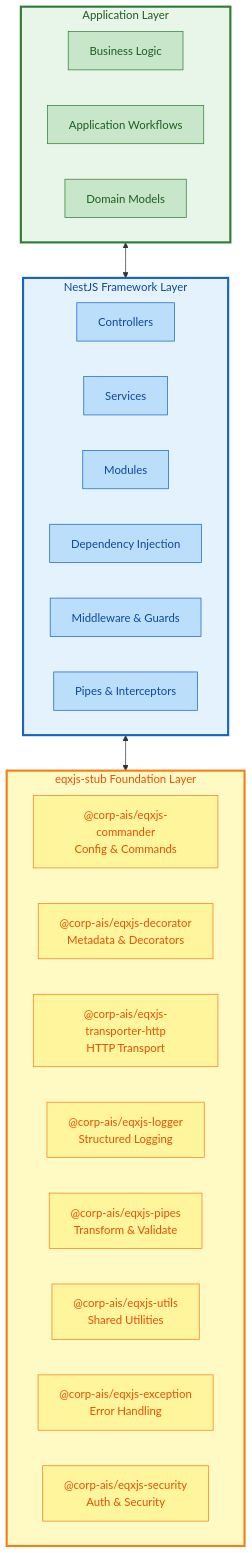
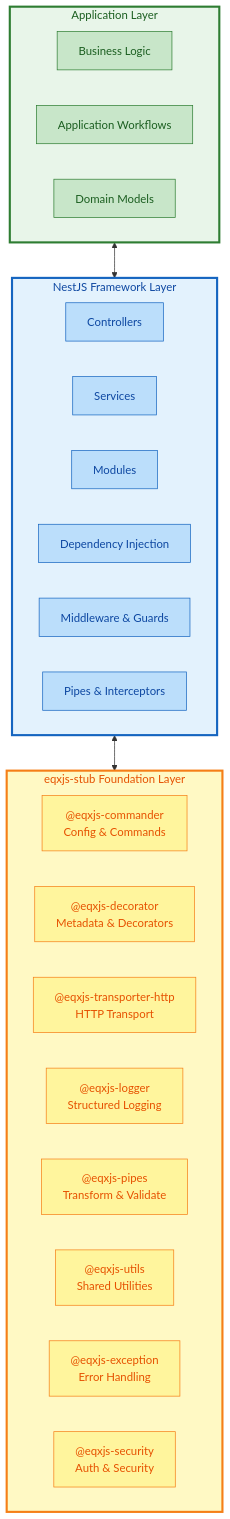
The first of 2 diagrams in TECHNOLOGY_STACK.md (aretit2533/cronus-course-document), drawn with Mermaid before and after one commit. The commit also changed other lines of this file and 17 other files, not shown here.

First line of the commit message:
Refactor EQXJS Framework references from `@corp-ais` to `@eqxjs` across documentation and codebase

````diff
--- a/TECHNOLOGY_STACK.md
+++ b/TECHNOLOGY_STACK.md
@@ -9,55 +9,55 @@
 ```mermaid
 graph TB
     subgraph Layer1["Application Layer"]
         A1["Business Logic"]
         A2["Application Workflows"]
         A3["Domain Models"]
     end
-    
+
     subgraph Layer2["NestJS Framework Layer"]
         B1["Controllers"]
         B2["Services"]
         B3["Modules"]
         B4["Dependency Injection"]
         B5["Middleware & Guards"]
         B6["Pipes & Interceptors"]
     end
-    
+
     subgraph Layer3["eqxjs-stub Foundation Layer"]
-        C1["@corp-ais/eqxjs-commander<br/>Config & Commands"]
-        C2["@corp-ais/eqxjs-decorator<br/>Metadata & Decorators"]
-        C3["@corp-ais/eqxjs-transporter-http<br/>HTTP Transport"]
-        C4["@corp-ais/eqxjs-logger<br/>Structured Logging"]
-        C5["@corp-ais/eqxjs-pipes<br/>Transform & Validate"]
-        C6["@corp-ais/eqxjs-utils<br/>Shared Utilities"]
-        C7["@corp-ais/eqxjs-exception<br/>Error Handling"]
-        C8["@corp-ais/eqxjs-security<br/>Auth & Security"]
+        C1["@eqxjs-commander<br/>Config & Commands"]
+        C2["@eqxjs-decorator<br/>Metadata & Decorators"]
+        C3["@eqxjs-transporter-http<br/>HTTP Transport"]
+        C4["@eqxjs-logger<br/>Structured Logging"]
+        C5["@eqxjs-pipes<br/>Transform & Validate"]
+        C6["@eqxjs-utils<br/>Shared Utilities"]
+        C7["@eqxjs-exception<br/>Error Handling"]
+        C8["@eqxjs-security<br/>Auth & Security"]
     end
-    
+
     Layer1 <--> Layer2
     Layer2 <--> Layer3
-    
+
     style Layer1 fill:#e8f5e9,stroke:#2e7d32,stroke-width:3px,color:#1b5e20
     style Layer2 fill:#e3f2fd,stroke:#1565c0,stroke-width:3px,color:#0d47a1
     style Layer3 fill:#fff9c4,stroke:#f57f17,stroke-width:3px,color:#e65100
-    
+
     style A1 fill:#c8e6c9,stroke:#2e7d32,color:#1b5e20
     style A2 fill:#c8e6c9,stroke:#2e7d32,color:#1b5e20
     style A3 fill:#c8e6c9,stroke:#2e7d32,color:#1b5e20
-    
+
     style B1 fill:#bbdefb,stroke:#1565c0,color:#0d47a1
     style B2 fill:#bbdefb,stroke:#1565c0,color:#0d47a1
     style B3 fill:#bbdefb,stroke:#1565c0,color:#0d47a1
     style B4 fill:#bbdefb,stroke:#1565c0,color:#0d47a1
     style B5 fill:#bbdefb,stroke:#1565c0,color:#0d47a1
     style B6 fill:#bbdefb,stroke:#1565c0,color:#0d47a1
-    
+
     style C1 fill:#fff59d,stroke:#f57f17,color:#e65100
     style C2 fill:#fff59d,stroke:#f57f17,color:#e65100
     style C3 fill:#fff59d,stroke:#f57f17,color:#e65100
     style C4 fill:#fff59d,stroke:#f57f17,color:#e65100
     style C5 fill:#fff59d,stroke:#f57f17,color:#e65100
     style C6 fill:#fff59d,stroke:#f57f17,color:#e65100
     style C7 fill:#fff59d,stroke:#f57f17,color:#e65100
     style C8 fill:#fff59d,stroke:#f57f17,color:#e65100
 ```
````
